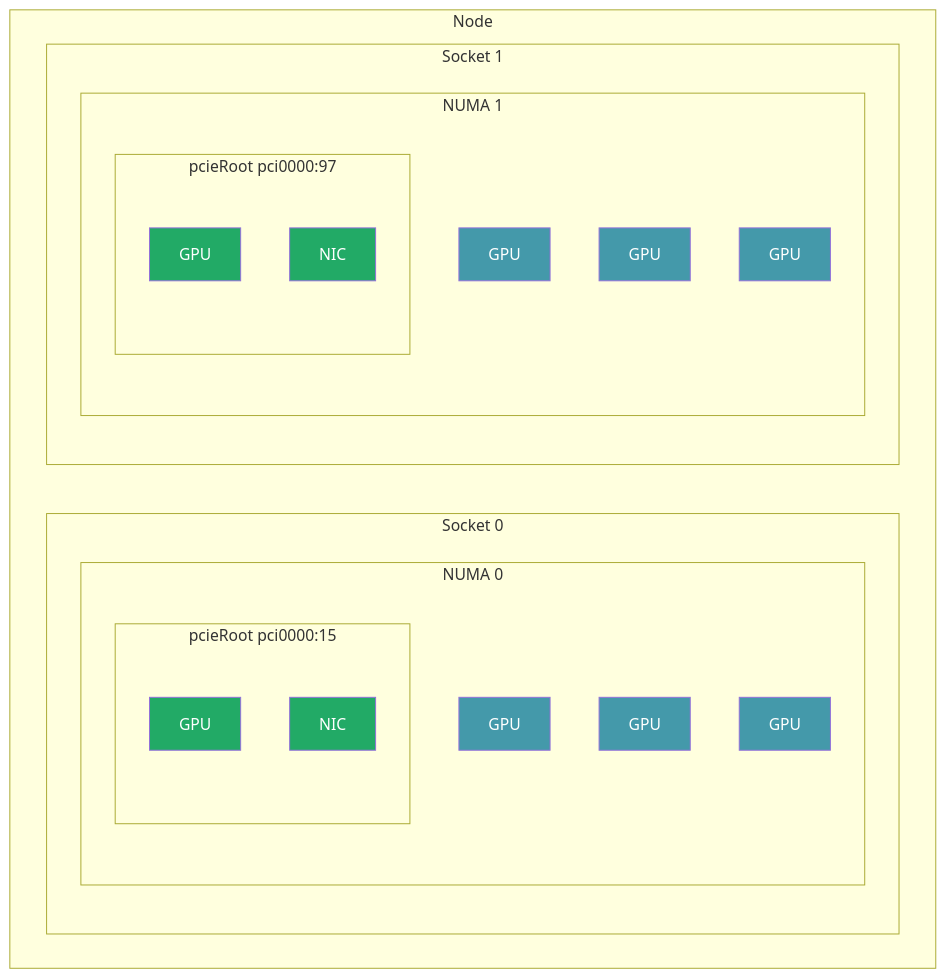
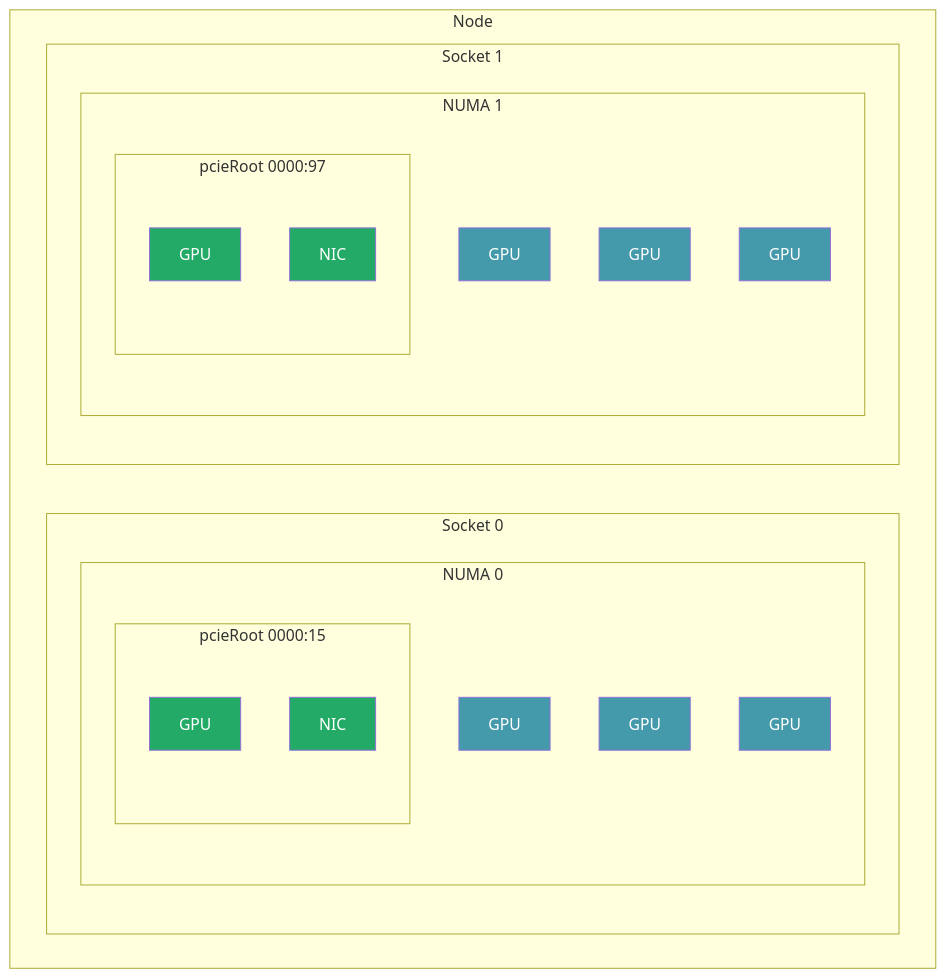
One commit to johnahull/dra-topology-aware-co-placement changed the third of 5 diagrams in docs/diagrams/topology-distance-hierarchy.md. Above: the diagram before and after it, drawn with Mermaid. The commit also changed other lines of this file, not shown here.

First line of the commit message:
Add SNC-on variants to PCIe tree and distance ring diagrams

````diff
--- a/docs/diagrams/topology-distance-hierarchy.md
+++ b/docs/diagrams/topology-distance-hierarchy.md
@@ -81,38 +201,38 @@
 ```mermaid
 graph TD
     subgraph "Node"
         subgraph "Socket 0"
             subgraph "NUMA 0"
-                subgraph "pcieRoot pci0000:15"
+                subgraph "pcieRoot 0000:15"
                     G0["GPU"]
                     N0["NIC"]
                 end
                 G1["GPU"]
                 G2["GPU"]
                 G3["GPU"]
             end
         end
         subgraph "Socket 1"
             subgraph "NUMA 1"
-                subgraph "pcieRoot pci0000:97"
+                subgraph "pcieRoot 0000:97"
                     G4["GPU"]
                     N1["NIC"]
                 end
                 G5["GPU"]
                 G6["GPU"]
                 G7["GPU"]
             end
         end
     end
 
     style G0 fill:#2a6,color:#fff
     style N0 fill:#2a6,color:#fff
     style G1 fill:#49a,color:#fff
     style G2 fill:#49a,color:#fff
     style G3 fill:#49a,color:#fff
     style G4 fill:#2a6,color:#fff
     style N1 fill:#2a6,color:#fff
     style G5 fill:#49a,color:#fff
     style G6 fill:#49a,color:#fff
     style G7 fill:#49a,color:#fff
 ```
````
